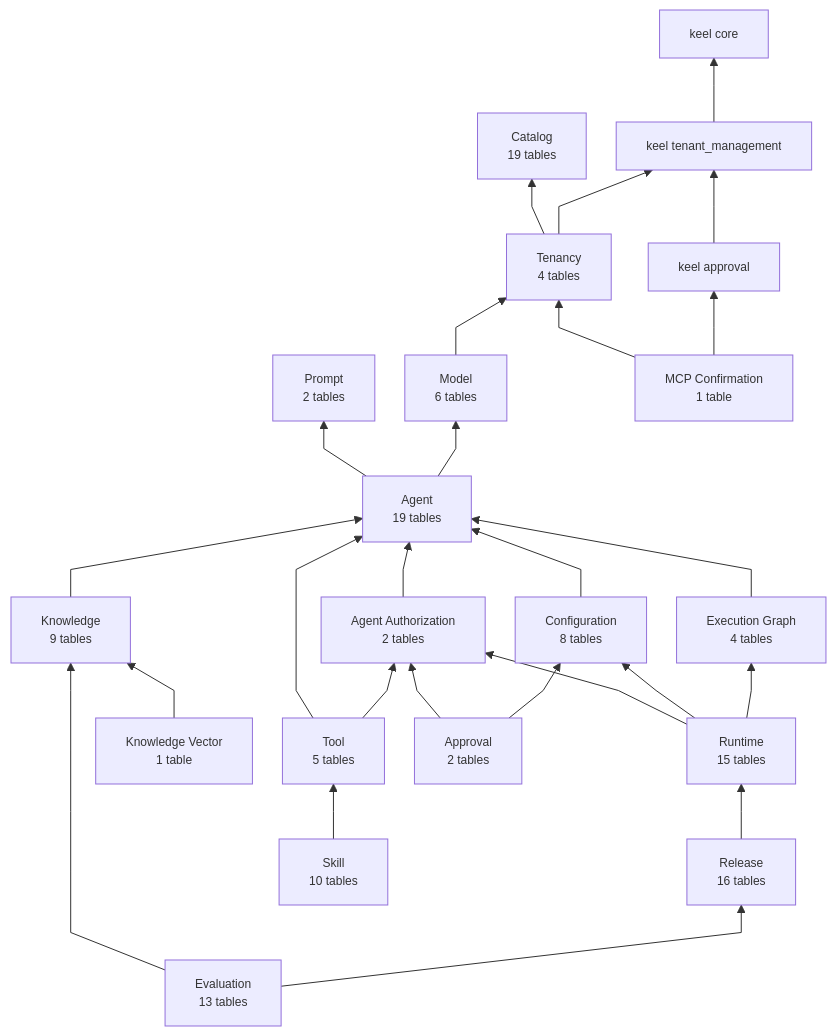
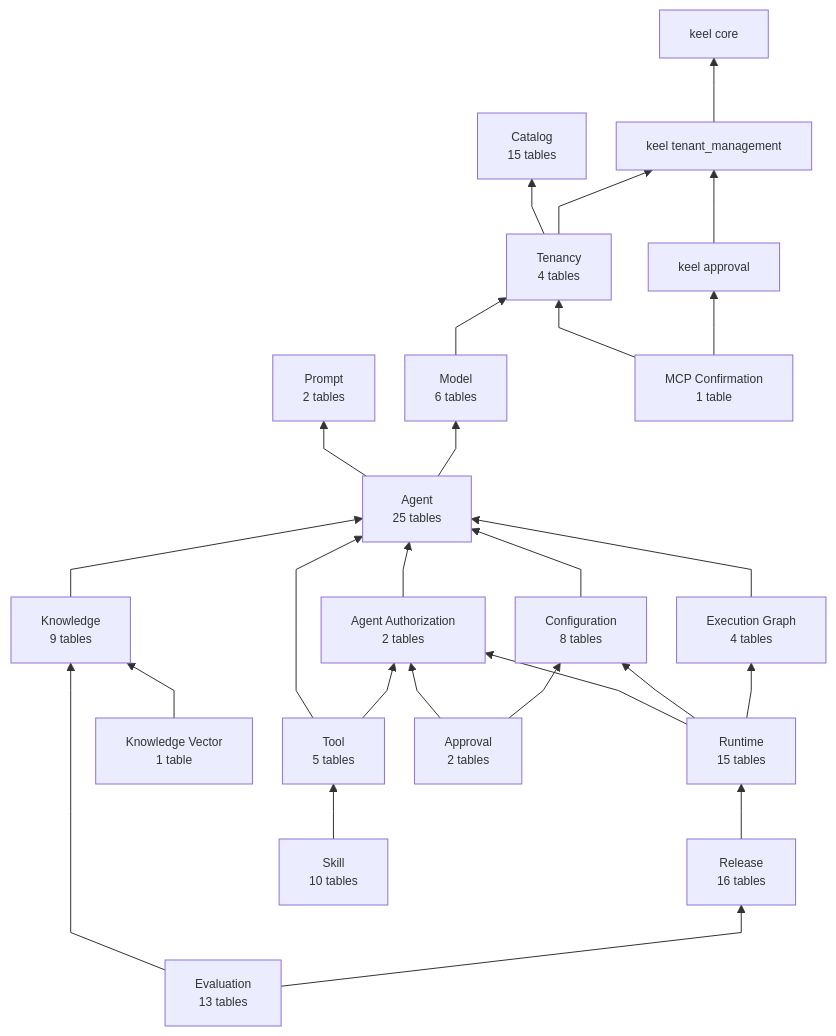
Before and after one commit to nauticana/scout: the first of 21 diagrams in doc/database.md, drawn with Mermaid. The commit also changed other lines of this file and 271 other files, not shown here.

````diff
--- a/doc/database.md
+++ b/doc/database.md
@@ -21,51 +21,51 @@
 ```mermaid
 %%{init: {"flowchart": {"curve": "linear", "nodeSpacing": 30, "rankSpacing": 55, "diagramPadding": 12}, "themeVariables": {"fontSize": "12px"}}}%%
 flowchart BT
 
     tenant_management --> core
     tenancy --> catalog
     tenancy --> tenant_management
     model --> tenancy
     agent --> prompt
     agent --> model
     tool --> agent
     tool --> agent_authorization_module
     knowledge --> agent
     configuration_module --> agent
     execution_graph_module --> agent
     agent_authorization_module --> agent
     knowledge_vector --> knowledge
     runtime --> agent_authorization_module
     runtime --> configuration_module
     runtime --> execution_graph_module
     release --> runtime
     evaluation --> knowledge
     evaluation --> release
     approval --> agent_authorization_module
     approval --> configuration_module
     skill --> tool
     mcp_confirmation --> tenancy
     mcp_confirmation --> keel_approval
     keel_approval --> tenant_management
 
     core["keel core"]
     tenant_management["keel tenant_management"]
     keel_approval["keel approval"]
-    catalog["Catalog<br/>19 tables"]
+    catalog["Catalog<br/>15 tables"]
     tenancy["Tenancy<br/>4 tables"]
     prompt["Prompt<br/>2 tables"]
     model["Model<br/>6 tables"]
-    agent["Agent<br/>19 tables"]
+    agent["Agent<br/>25 tables"]
     tool["Tool<br/>5 tables"]
     execution_graph_module["Execution Graph<br/>4 tables"]
     knowledge["Knowledge<br/>9 tables"]
     knowledge_vector["Knowledge Vector<br/>1 table"]
     runtime["Runtime<br/>15 tables"]
     release["Release<br/>16 tables"]
     evaluation["Evaluation<br/>13 tables"]
     agent_authorization_module["Agent Authorization<br/>2 tables"]
     configuration_module["Configuration<br/>8 tables"]
     approval["Approval<br/>2 tables"]
     skill["Skill<br/>10 tables"]
     mcp_confirmation["MCP Confirmation<br/>1 table"]
 ```
````
